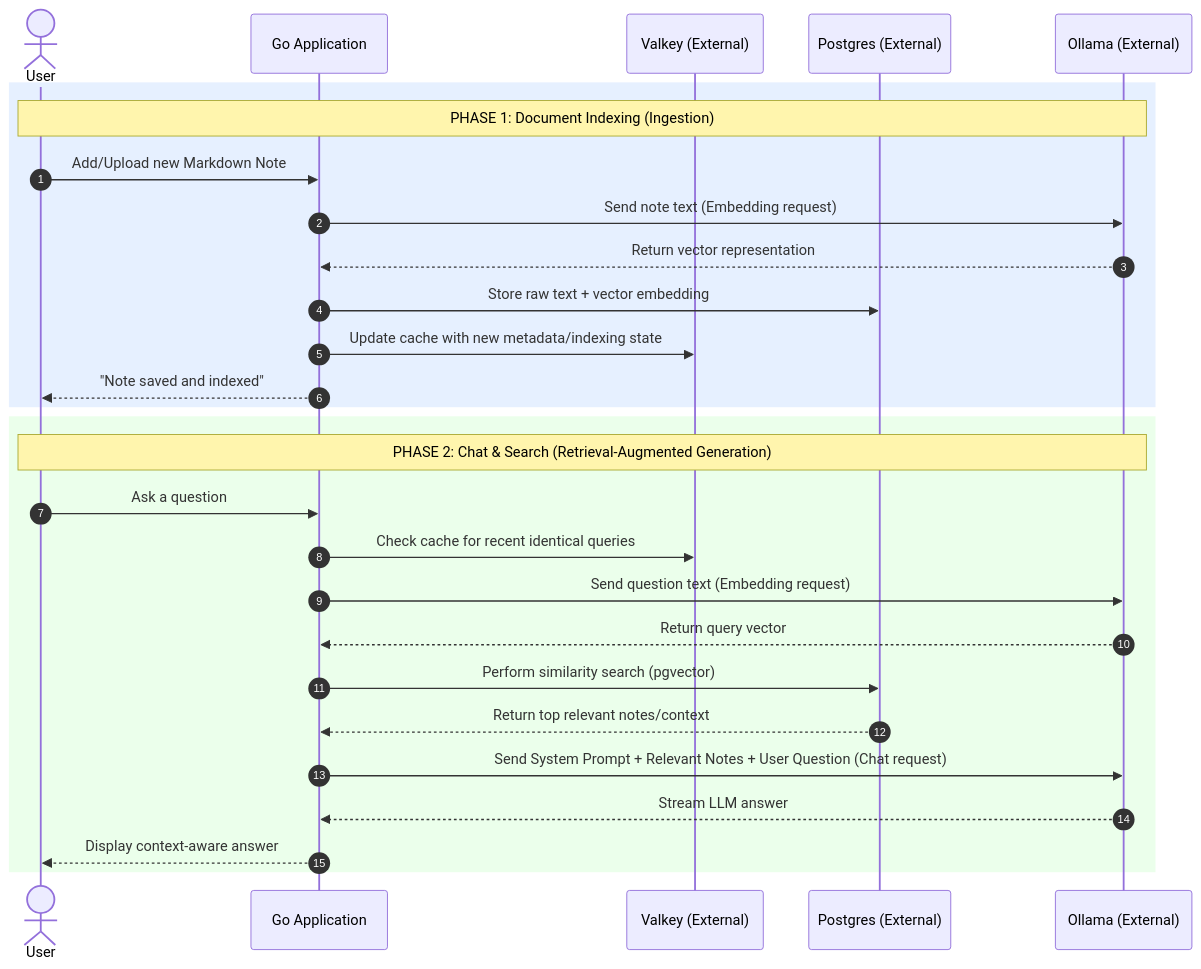
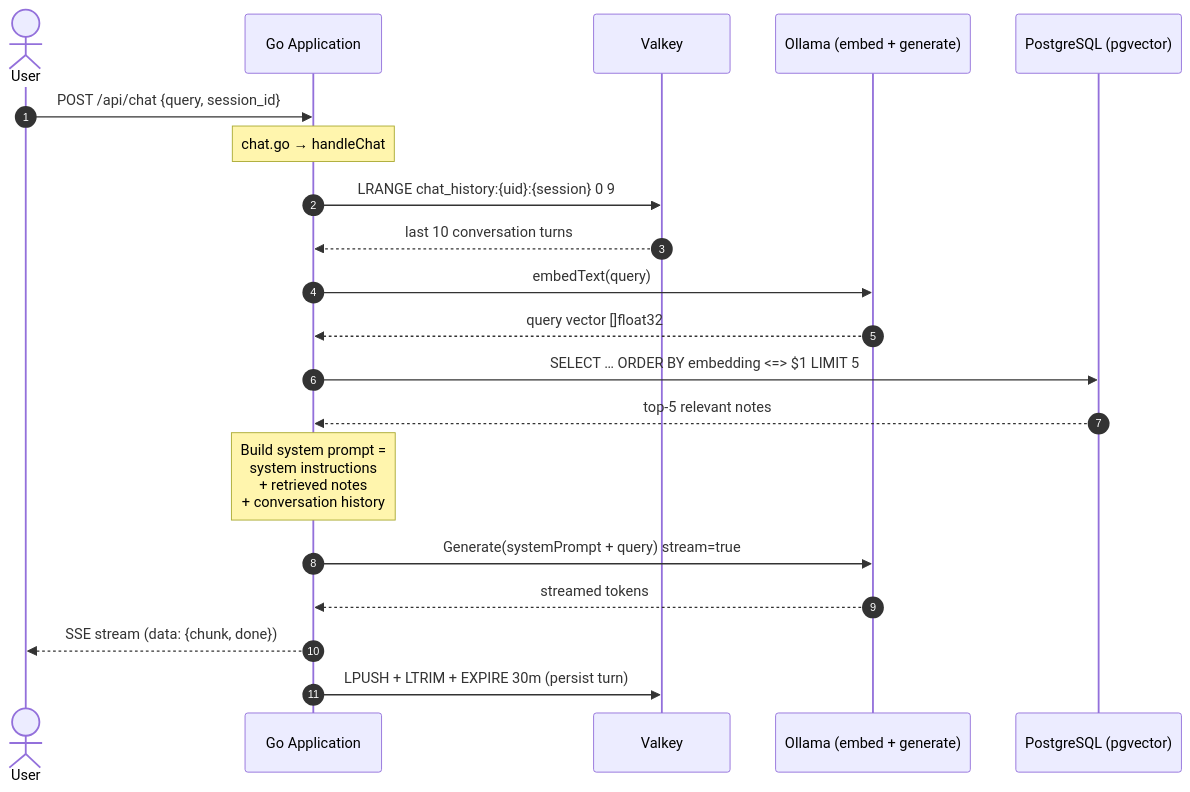
One commit to PatrickLaabs/ai-knowledgebase changed the third of 3 diagrams in README.md. Above: the diagram before and after it, drawn with Mermaid. The commit also changed other lines of this file, not shown here.

Commit message:
updated architecture graphs

````diff
--- a/README.md
+++ b/README.md
@@ -28,48 +84,30 @@
 ```mermaid
 sequenceDiagram
     autonumber
     actor User
     participant App as Go Application
-    participant Valkey as Valkey (External)
-    participant PG as Postgres (External)
-    participant Ollama as Ollama (External)
+    participant VK as Valkey
+    participant Ollama as Ollama (embed + generate)
+    participant PG as PostgreSQL (pgvector)
 
-    %% -------------------------------------
-    %% FLOW 1: DOCUMENT INDEXING
-    %% -------------------------------------
-    rect rgb(230, 240, 255)
-    Note over User, Ollama: PHASE 1: Document Indexing (Ingestion)
-    
-    User->>App: Add/Upload new Markdown Note
-    
-    App->>Ollama: Send note text (Embedding request)
-    Ollama-->>App: Return vector representation
-    
-    App->>PG: Store raw text + vector embedding
-    App->>Valkey: Update cache with new metadata/indexing state
-    
-    App-->>User: "Note saved and indexed"
-    end
+    User->>App: POST /api/chat {query, session_id}
+    Note over App: chat.go → handleChat
 
-    %% -------------------------------------
-    %% FLOW 2: AI CHAT / SEARCH
-    %% -------------------------------------
-    rect rgb(235, 255, 235)
-    Note over User, Ollama: PHASE 2: Chat & Search (Retrieval-Augmented Generation)
-    
-    User->>App: Ask a question
-    
-    App->>Valkey: Check cache for recent identical queries
-    App->>Ollama: Send question text (Embedding request)
-    Ollama-->>App: Return query vector
-    
-    App->>PG: Perform similarity search (pgvector)
-    PG-->>App: Return top relevant notes/context
-    
-    App->>Ollama: Send System Prompt + Relevant Notes + User Question (Chat request)
-    Ollama-->>App: Stream LLM answer
-    
-    App-->>User: Display context-aware answer
-    end
+    App->>VK: LRANGE chat_history:{uid}:{session} 0 9
+    VK-->>App: last 10 conversation turns
 
+    App->>Ollama: embedText(query)
+    Ollama-->>App: query vector []float32
+
+    App->>PG: SELECT … ORDER BY embedding <=> $1 LIMIT 5
+    PG-->>App: top-5 relevant notes
+
+    Note over App: Build system prompt =<br/>system instructions<br/>+ retrieved notes<br/>+ conversation history
+
+    App->>Ollama: Generate(systemPrompt + query) stream=true
+    Ollama-->>App: streamed tokens
+
+    App-->>User: SSE stream (data: {chunk, done})
+
+    App->>VK: LPUSH + LTRIM + EXPIRE 30m (persist turn)
 ```
````
